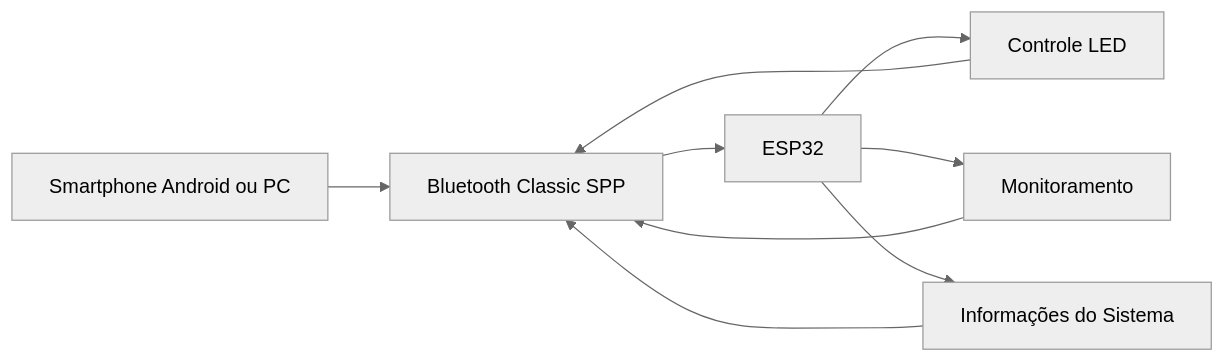
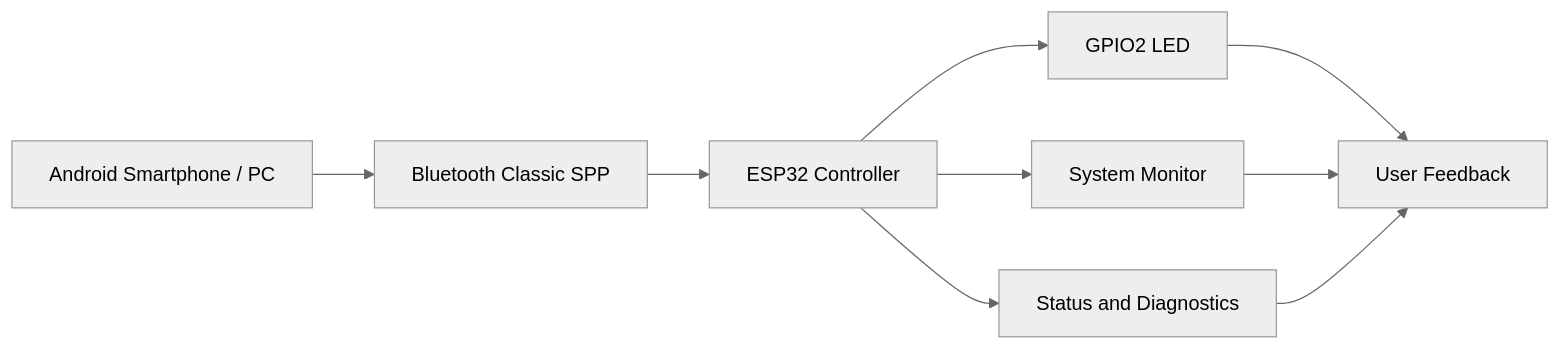
Before and after one commit to paulocfmarques-collab/esp32_bluetooth: the first of 5 diagrams in README.md, drawn with Mermaid (neutral theme). The commit also changed other lines of this file, not shown here.

Commit message:
Refine the project README with a professional structure, diagrams, wiring schematic, architecture flow, and complete command documentation for the ESP32 Bluetooth project.

````diff
--- a/README.md
+++ b/README.md
@@ -45,16 +37,11 @@
 ```mermaid
 flowchart LR
-
-A[Smartphone Android ou PC]
---> B[Bluetooth Classic SPP]
-
-B --> C[ESP32]
-
-C --> D[Controle LED]
-C --> E[Monitoramento]
-C --> F[Informações do Sistema]
-
-D --> B
-E --> B
-F --> B
+    A[Android Smartphone / PC] --> B[Bluetooth Classic SPP]
+    B --> C[ESP32 Controller]
+    C --> D[GPIO2 LED]
+    C --> E[System Monitor]
+    C --> F[Status and Diagnostics]
+    D --> G[User Feedback]
+    E --> G
+    F --> G
 ```
````
